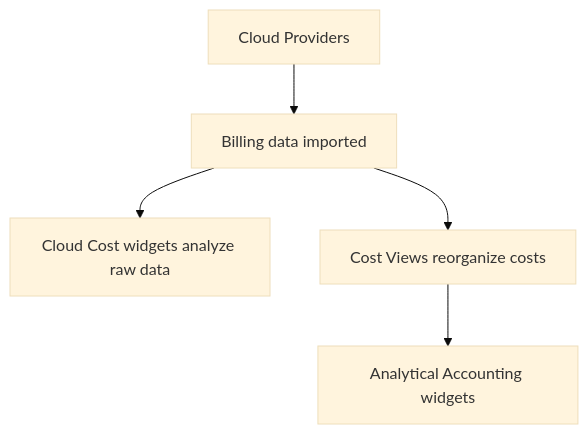
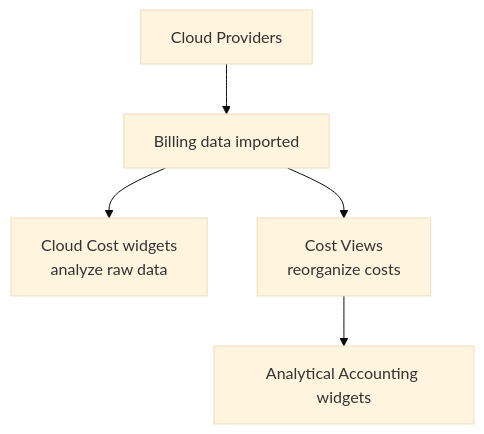
Before and after one commit to xautomata/User-Interface-Manual: the fifth of 5 diagrams in docs/system_overview.md, drawn with Mermaid (base theme). The commit also changed other lines of this file and 9 other files, not shown here.

````diff
--- a/docs/system_overview.md
+++ b/docs/system_overview.md
@@ -213,14 +213,14 @@
 ```mermaid
 flowchart TD
 
 CP[Cloud Providers]
 BD[Billing data imported]
-CCW[Cloud Cost widgets analyze raw data]
-CV[Cost Views reorganize costs]
+CCW[Cloud Cost widgets<br>analyze raw data]
+CV[Cost Views<br>reorganize costs]
 AAW[Analytical Accounting widgets]
 
 CP --> BD
 BD --> CCW
 BD --> CV
 CV --> AAW
 ```
````
